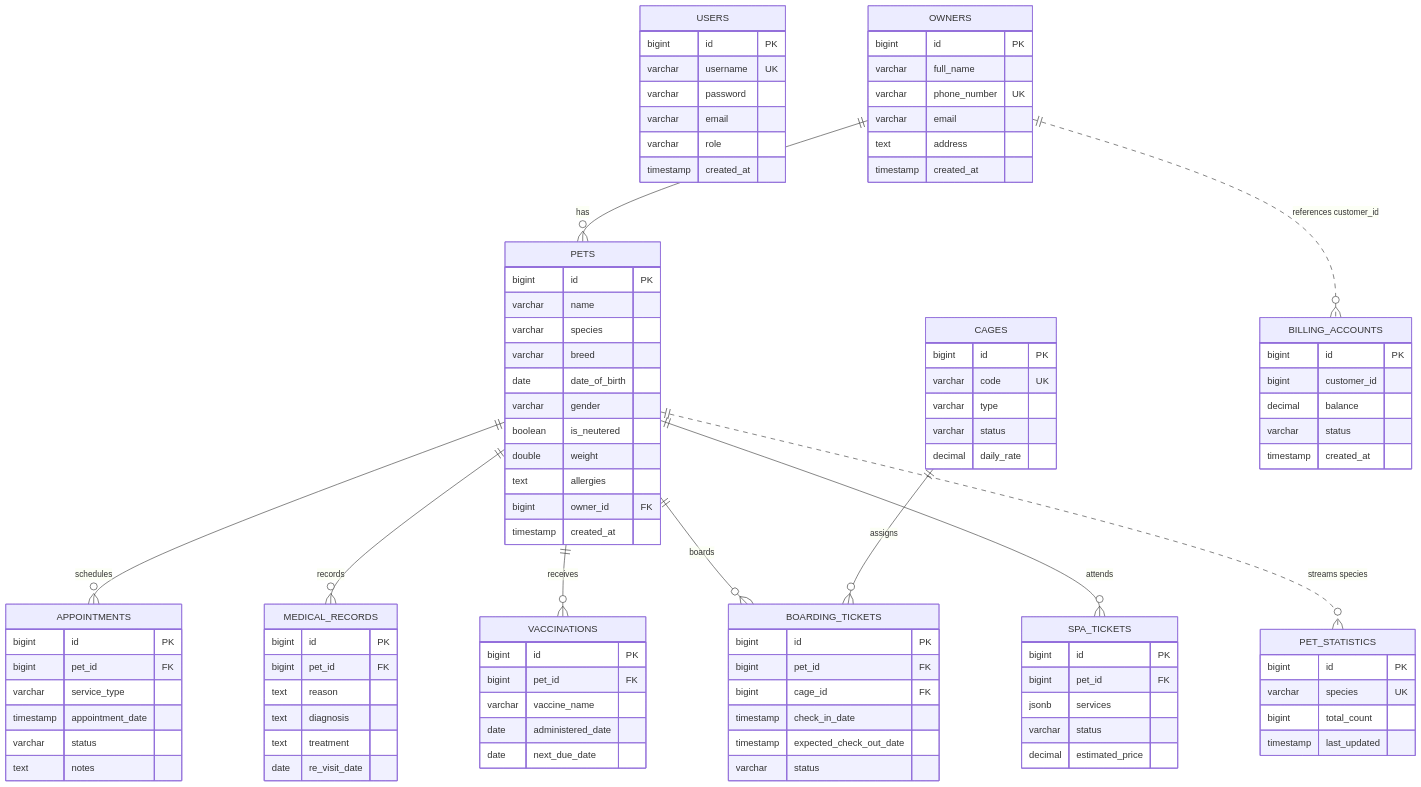
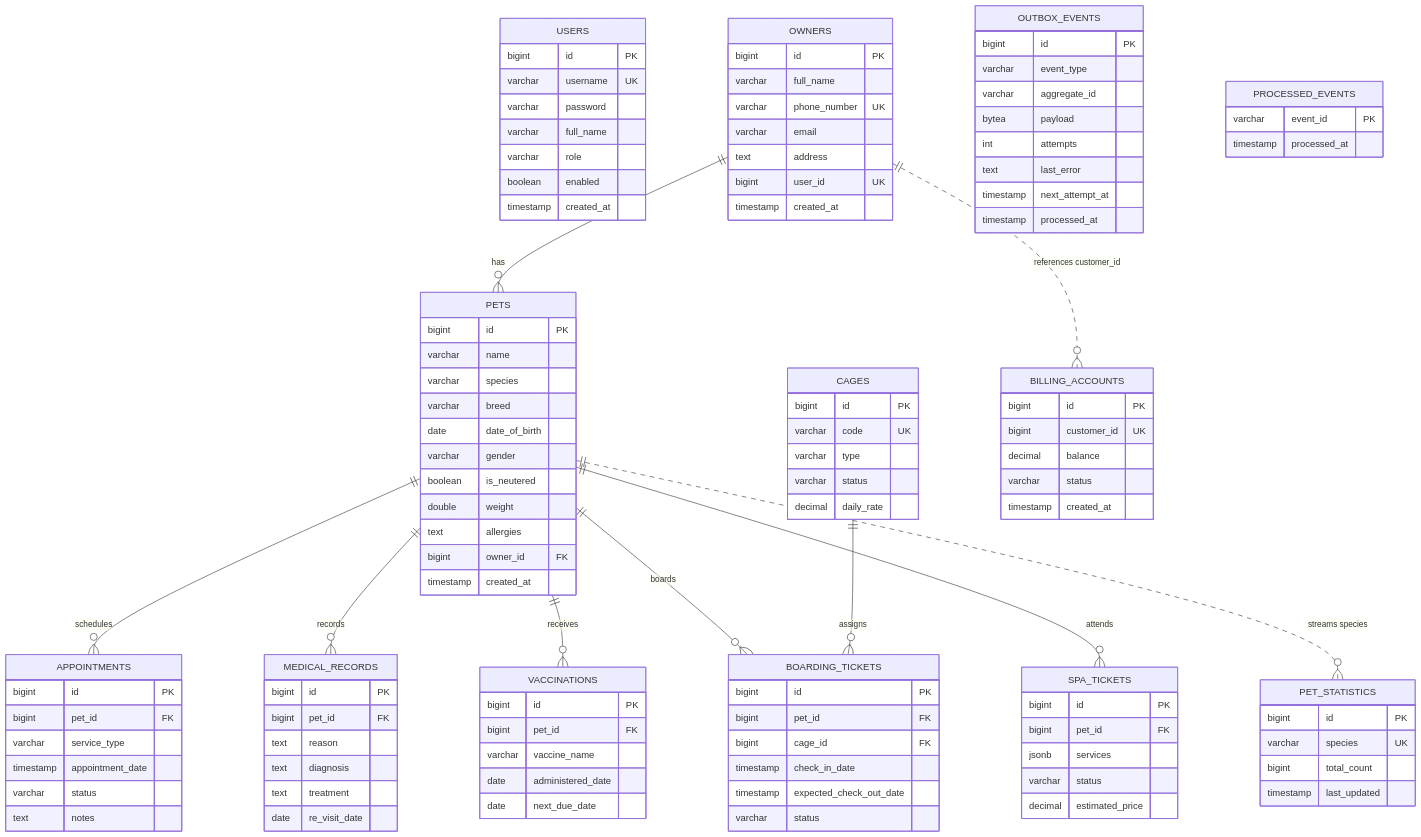
One commit to Phongasfd/pet-clinic-management changed the fifth of 5 diagrams in system_architecture_and_flow_docs.md. Above: the diagram before and after it, drawn with Mermaid. The commit also changed other lines of this file and 12 other files, not shown here.

```diff
--- a/system_architecture_and_flow_docs.md
+++ b/system_architecture_and_flow_docs.md
@@ -352,8 +351,9 @@
         bigint id PK
         varchar username UK
         varchar password
-        varchar email
+        varchar full_name
         varchar role
+        boolean enabled
         timestamp created_at
     }
 
@@ -364,7 +364,18 @@
         varchar phone_number UK
         varchar email
         text address
+        bigint user_id UK
         timestamp created_at
+    }
+    OUTBOX_EVENTS {
+        bigint id PK
+        varchar event_type
+        varchar aggregate_id
+        bytea payload
+        int attempts
+        text last_error
+        timestamp next_attempt_at
+        timestamp processed_at
     }
     PETS {
         bigint id PK
@@ -428,7 +439,7 @@
     %% Billing Service DB
     BILLING_ACCOUNTS {
         bigint id PK
-        bigint customer_id
+        bigint customer_id UK
         decimal balance
         varchar status
         timestamp created_at
@@ -441,6 +452,10 @@
         bigint total_count
         timestamp last_updated
     }
+    PROCESSED_EVENTS {
+        varchar event_id PK
+        timestamp processed_at
+    }
 
     OWNERS ||--o{ PETS : "has"
     PETS ||--o{ APPOINTMENTS : "schedules"
```
